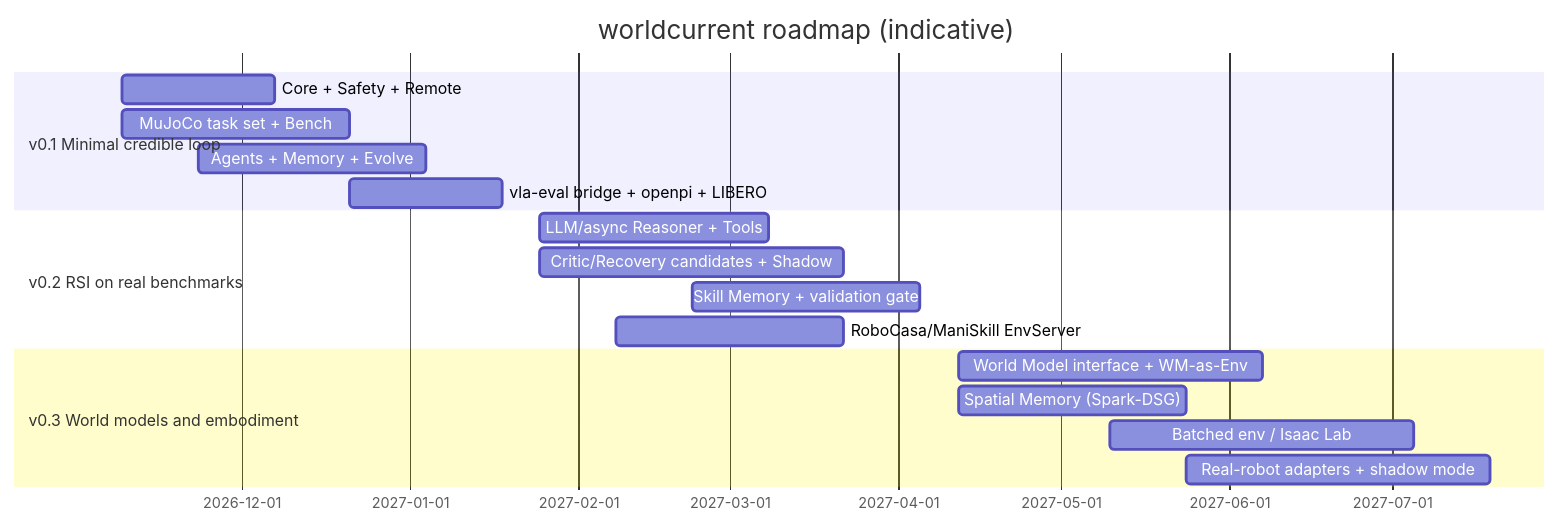
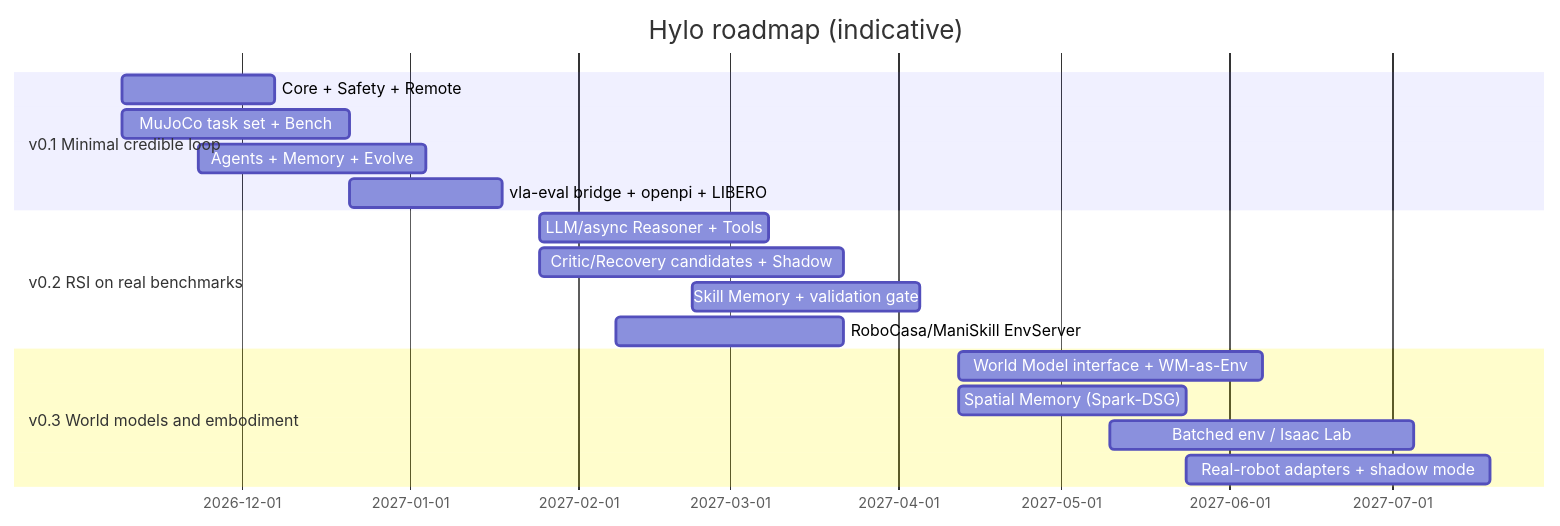
Before and after one commit to HyloAI/hylo-docs: the diagram in docs/design/roadmap.md, drawn with Mermaid. The commit also changed 96 other files, not shown here.

First line of the commit message:
Rename worldcurrent to Hylo (company: Hylo AI)

````diff
--- a/docs/design/roadmap.md
+++ b/docs/design/roadmap.md
@@ -5,20 +5,20 @@
 ```mermaid
 gantt
   dateFormat  YYYY-MM-DD
-  title worldcurrent roadmap (indicative)
+  title Hylo roadmap (indicative)
   section v0.1 Minimal credible loop
   Core + Safety + Remote          :a1, 2026-11-09, 4w
   MuJoCo task set + Bench          :a2, 2026-11-09, 6w
   Agents + Memory + Evolve        :a3, 2026-11-23, 6w
   vla-eval bridge + openpi + LIBERO :a4, 2026-12-21, 4w
   section v0.2 RSI on real benchmarks
   LLM/async Reasoner + Tools       :b1, 2027-01-25, 6w
   Critic/Recovery candidates + Shadow   :b2, 2027-01-25, 8w
   Skill Memory + validation gate            :b3, 2027-02-22, 6w
   RoboCasa/ManiSkill EnvServer    :b4, 2027-02-08, 6w
   section v0.3 World models and embodiment
   World Model interface + WM-as-Env     :c1, 2027-04-12, 8w
   Spatial Memory (Spark-DSG)      :c2, 2027-04-12, 6w
   Batched env / Isaac Lab         :c3, 2027-05-10, 8w
   Real-robot adapters + shadow mode            :c4, 2027-05-24, 8w
 ```
````
